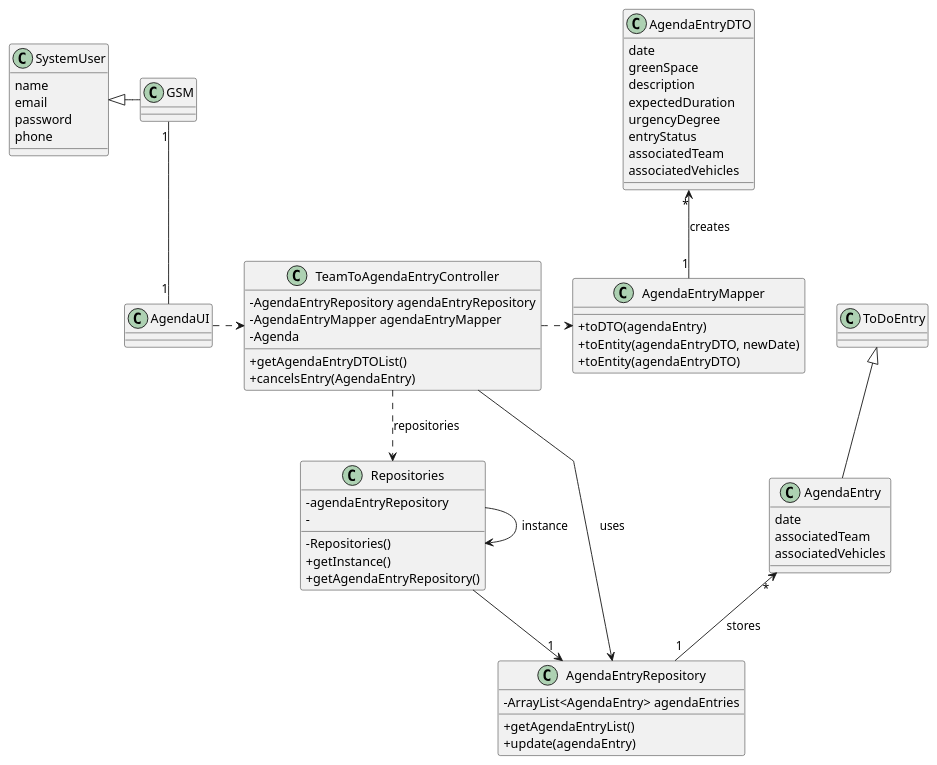
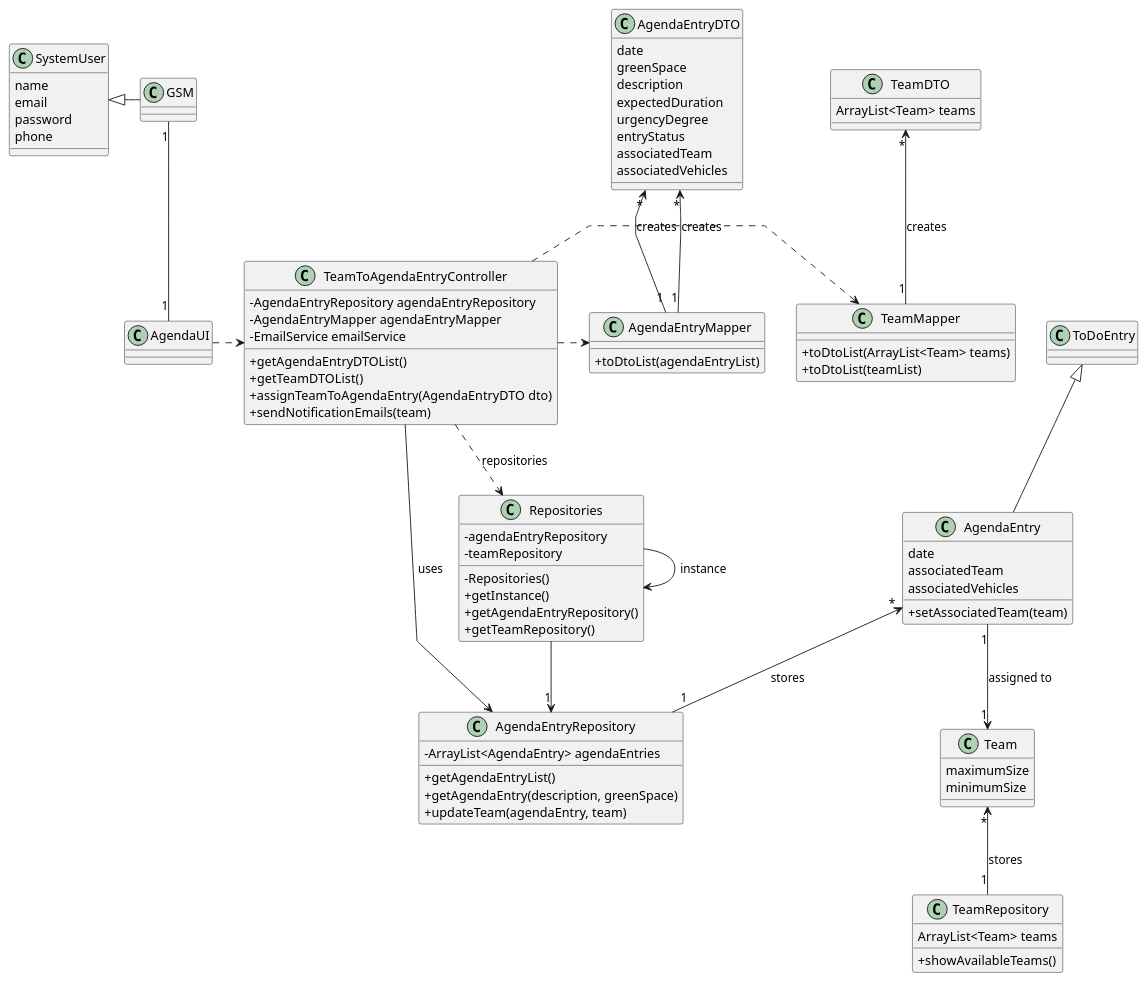
Before and after one commit to Departamento-de-Engenharia-Informatica/lei-24-s2-1do-g164: the diagram in docs/sprintC/us023/03.design/puml/us023-class-diagram.puml, drawn with PlantUML. The commit also changed 8 other files, not shown here.

Commit message:
us23(docs/implementation): change of methods, update of sd and class diagram (still missing interface and implementation of teamDTO)

```diff
--- a/docs/sprintC/us023/03.design/puml/us023-class-diagram.puml
+++ b/docs/sprintC/us023/03.design/puml/us023-class-diagram.puml
@@ -1,88 +1,118 @@
 @startuml
 skinparam classAttributeIconSize 0
 'skinparam monochrome true
 skinparam packageStyle rectangle
 skinparam shadowing false
 skinparam linetype polyline
 'skinparam linetype orto
 skinparam classAttributeIconSize 0
 
 class AgendaEntry {
     date
     associatedTeam
     associatedVehicles
+    +setAssociatedTeam(team)
 }
 
 class AgendaEntryDTO {
 
     date
     greenSpace
     description
     expectedDuration
     urgencyDegree
     entryStatus
     associatedTeam
     associatedVehicles
 
 }
 
 class SystemUser {
     name
     email
     password
     phone
 }
 
 
 class AgendaEntryRepository {
     - ArrayList<AgendaEntry> agendaEntries
     + getAgendaEntryList()
-    + update(agendaEntry)
+    + getAgendaEntry(description, greenSpace)
+    +updateTeam(agendaEntry, team)
 }
 
 class Repositories {
     - agendaEntryRepository
-    -
+    -teamRepository
 
     - Repositories()
     + getInstance()
     + getAgendaEntryRepository()
+    + getTeamRepository()
 
 }
 
 class AgendaEntryMapper {
-    + toDTO(agendaEntry)
-    + toEntity(agendaEntryDTO, newDate)
-    + toEntity(agendaEntryDTO)
+    + toDtoList(agendaEntryList)
+
 }
 
 
 class TeamToAgendaEntryController {
     - AgendaEntryRepository agendaEntryRepository
     - AgendaEntryMapper agendaEntryMapper
-    - Agenda
+    - EmailService emailService
 
     + getAgendaEntryDTOList()
-    +cancelsEntry(AgendaEntry)
+    +getTeamDTOList()
+    +assignTeamToAgendaEntry(AgendaEntryDTO dto)
+    +sendNotificationEmails(team)
 }
 
 class AgendaUI {
 
 }
 
+class Team{
+maximumSize
+minimumSize
+
+}
+
+class TeamRepository{
+    ArrayList<Team> teams
+    +showAvailableTeams()
+
+}
+
+class TeamMapper {
++toDtoList(ArrayList<Team> teams)
++toDtoList(teamList)
+
+}
+
+class TeamDTO {
+ArrayList<Team> teams
+}
+
+
 AgendaUI .> TeamToAgendaEntryController
 TeamToAgendaEntryController ..> Repositories : repositories
 Repositories --> "1" AgendaEntryRepository
 Repositories -> Repositories : instance
 TeamToAgendaEntryController .> AgendaEntryMapper
+TeamToAgendaEntryController .> TeamMapper
 TeamToAgendaEntryController --> AgendaEntryRepository : uses
 
 SystemUser <|- GSM
 ToDoEntry <|-- AgendaEntry
 
 GSM "1" -- "1" AgendaUI
 AgendaEntry "*" <-- "1" AgendaEntryRepository : stores
 AgendaEntryDTO "*" <-- "1" AgendaEntryMapper : creates
-
-
+AgendaEntry"1" --> "1" Team: assigned to
+Team "*" <-- "1" TeamRepository : stores
+AgendaEntryDTO "*" <-- "1" AgendaEntryMapper : creates
+TeamDTO "*" <-- "1" TeamMapper : creates
 @enduml
```
